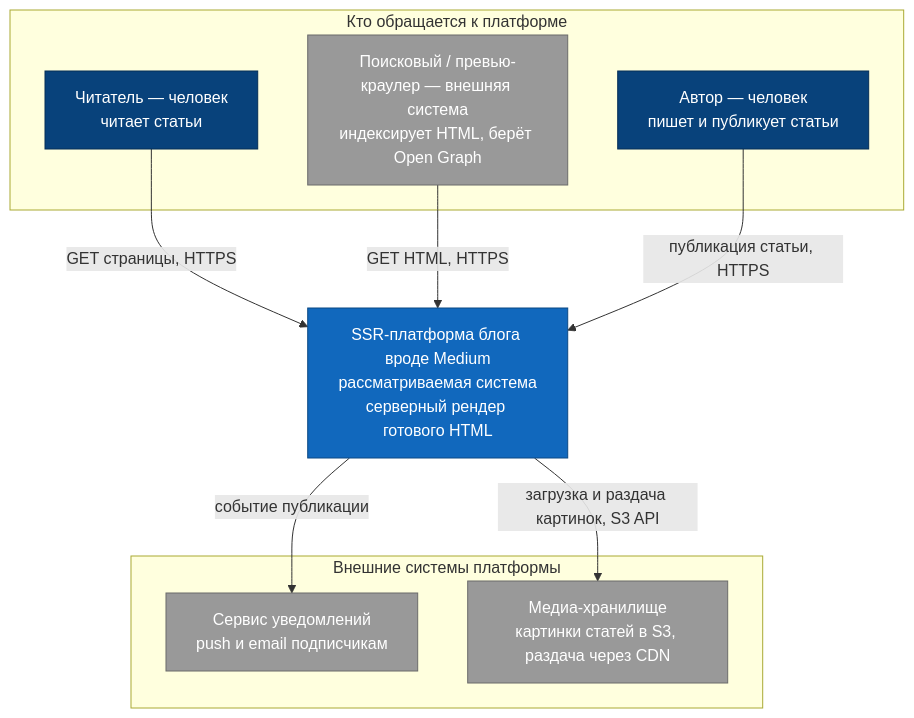
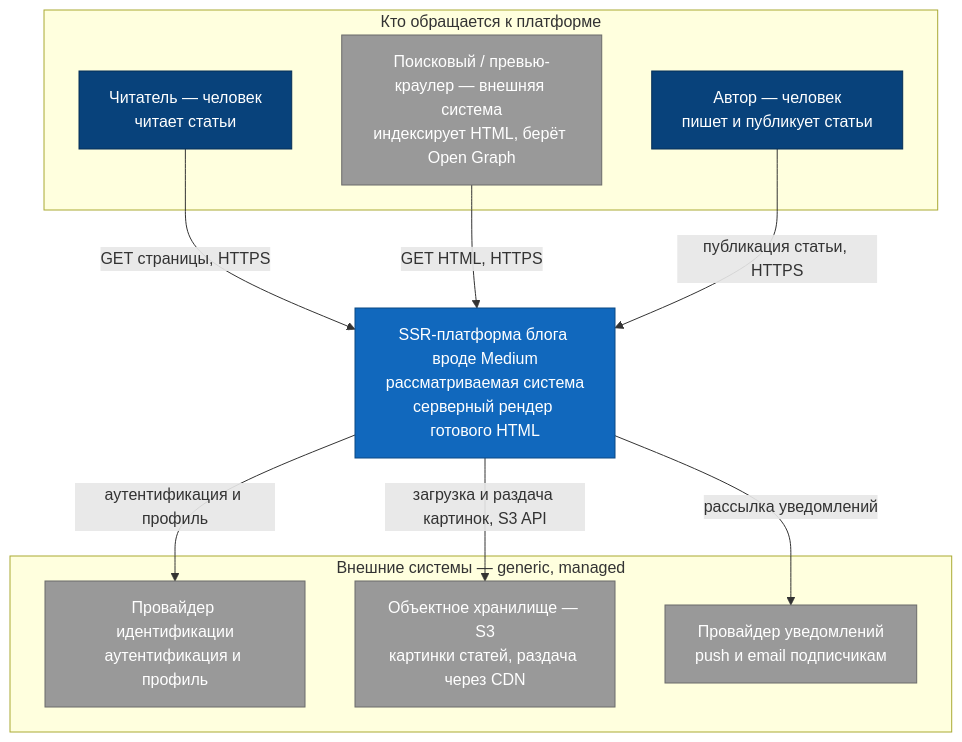
Before and after one commit to mekostin/otus-arc-web-project: the diagram in docs/views/c4-context.md, drawn with Mermaid. The commit also changed other lines of this file and 6 other files, not shown here.

Commit message:
W3: Fix review — generic subdomains as external, unify naming, CDN status

````diff
--- a/docs/views/c4-context.md
+++ b/docs/views/c4-context.md
@@ -5,29 +5,31 @@
 ```mermaid
 graph TB
     subgraph consumers["Кто обращается к платформе"]
         reader["Читатель — человек<br/>читает статьи"]
         author["Автор — человек<br/>пишет и публикует статьи"]
         crawler["Поисковый / превью-краулер — внешняя система<br/>индексирует HTML, берёт Open Graph"]
     end
 
     site["SSR-платформа блога вроде Medium<br/>рассматриваемая система<br/>серверный рендер готового HTML"]
 
-    subgraph externals["Внешние системы платформы"]
-        notify["Сервис уведомлений<br/>push и email подписчикам"]
-        media["Медиа-хранилище<br/>картинки статей в S3, раздача через CDN"]
+    subgraph externals["Внешние системы — generic, managed"]
+        identity["Провайдер идентификации<br/>аутентификация и профиль"]
+        media["Объектное хранилище — S3<br/>картинки статей, раздача через CDN"]
+        notify["Провайдер уведомлений<br/>push и email подписчикам"]
     end
 
     reader -->|"GET страницы, HTTPS"| site
     crawler -->|"GET HTML, HTTPS"| site
     author -->|"публикация статьи, HTTPS"| site
 
-    site -->|"событие публикации"| notify
+    site -->|"аутентификация и профиль"| identity
     site -->|"загрузка и раздача картинок, S3 API"| media
+    site -->|"рассылка уведомлений"| notify
 
     classDef focus fill:#1168bd,stroke:#0b4884,color:#ffffff;
     classDef external fill:#999999,stroke:#6b6b6b,color:#ffffff;
     classDef person fill:#08427b,stroke:#052e56,color:#ffffff;
     class site focus;
-    class crawler,notify,media external;
+    class crawler,identity,media,notify external;
     class reader,author person;
 ```
````
